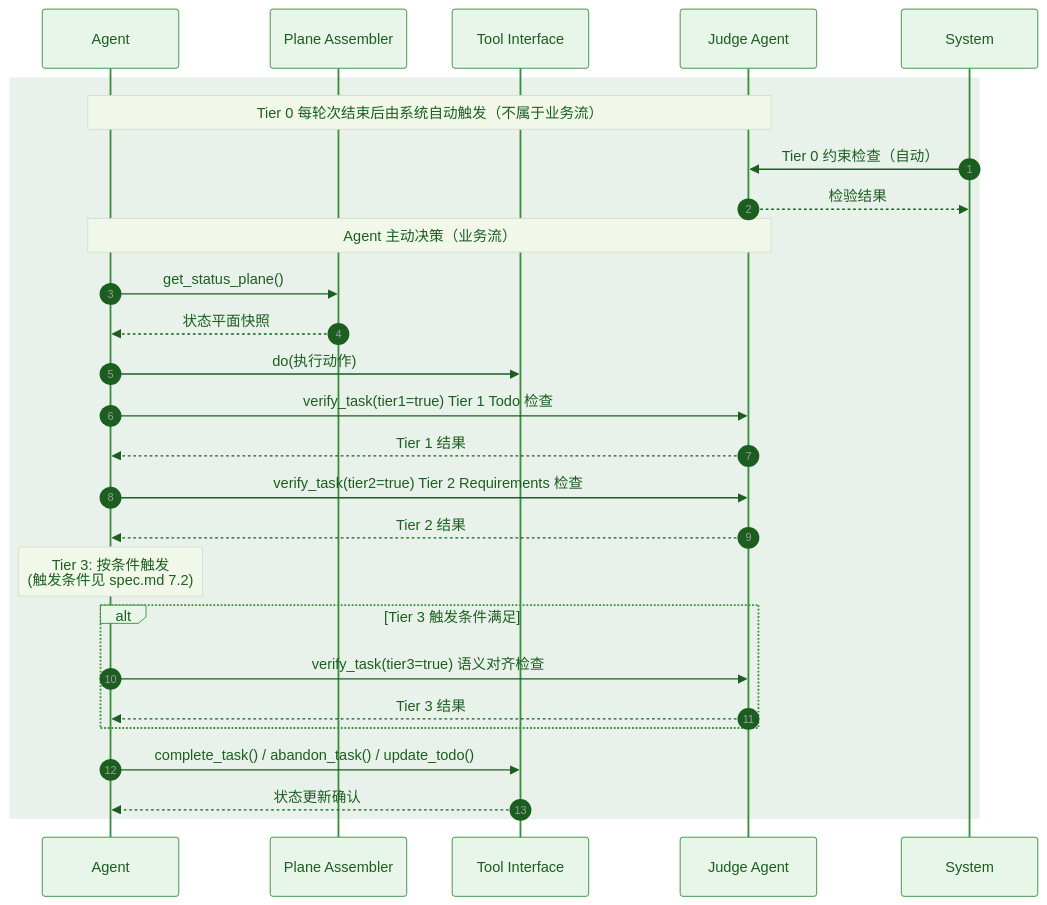
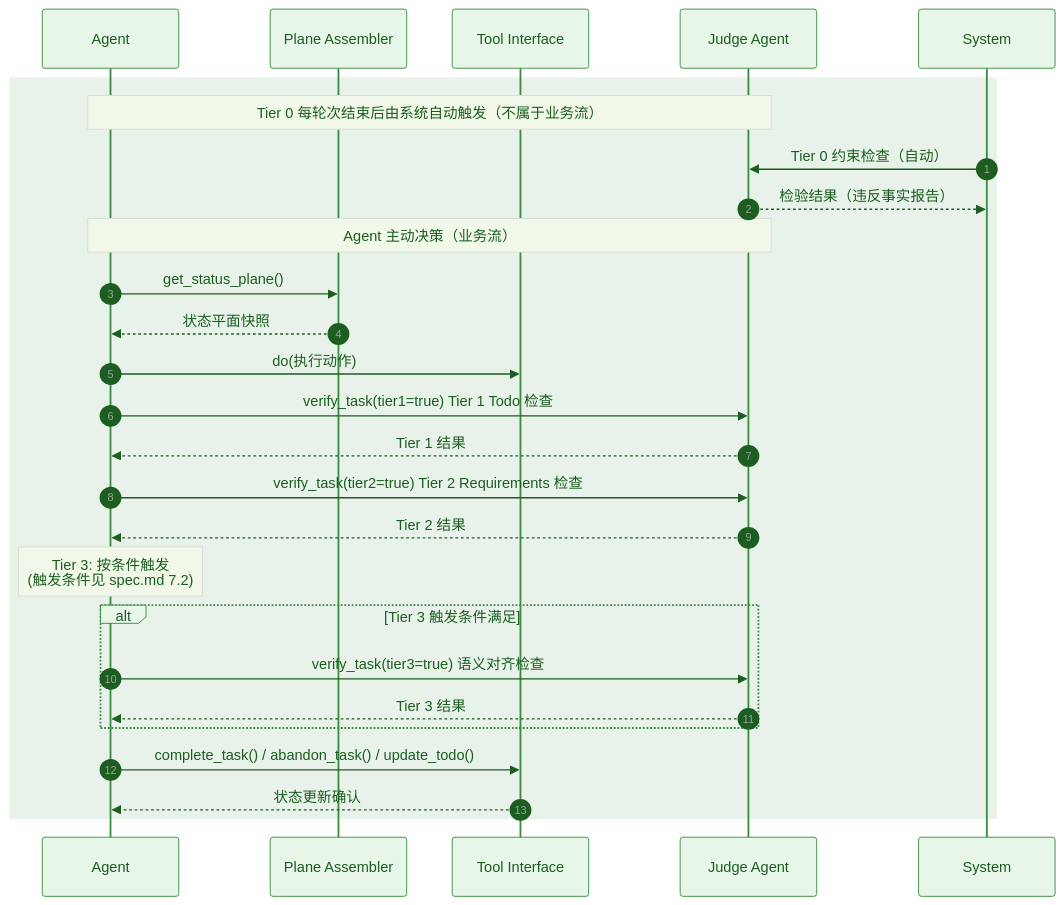
The third of 4 diagrams in docs/arch.md (Lazyn0tBug/mem0ress), drawn with Mermaid before and after one commit. The commit also changed other lines of this file and 4 other files, not shown here.

````diff
--- a/docs/arch.md
+++ b/docs/arch.md
@@ -188,37 +188,37 @@
 ```mermaid
 %% label：Agent 驱动的业务闭环
 %%{ init: { 'theme': 'base', 'themeVariables': { 'primaryColor': '#e8f5e9', 'primaryTextColor': '#1b5e20', 'primaryBorderColor': '#388e3c', 'lineColor': '#616161', 'noteBkgColor': '#f1f8e9', 'noteTextColor': '#1b5e20' } } }%%
 sequenceDiagram
     autonumber
     participant Agent
     participant PA as Plane Assembler
     participant TI as Tool Interface
     participant JA as Judge Agent
 
     rect rgba(46, 125, 50, 0.1)
         Note over Agent,JA: Tier 0 每轮次结束后由系统自动触发（不属于业务流）
         System->>JA: Tier 0 约束检查（自动）
-        JA-->>System: 检验结果
+        JA-->>System: 检验结果（违反事实报告）
 
         Note over Agent,JA: Agent 主动决策（业务流）
         Agent->>PA: get_status_plane()
         PA-->>Agent: 状态平面快照
 
         Agent->>TI: do(执行动作)
 
         Agent->>JA: verify_task(tier1=true) Tier 1 Todo 检查
         JA-->>Agent: Tier 1 结果
 
         Agent->>JA: verify_task(tier2=true) Tier 2 Requirements 检查
         JA-->>Agent: Tier 2 结果
 
         Note over Agent: Tier 3: 按条件触发<br/>(触发条件见 spec.md 7.2)
         alt Tier 3 触发条件满足
             Agent->>JA: verify_task(tier3=true) 语义对齐检查
             JA-->>Agent: Tier 3 结果
         end
 
         Agent->>TI: complete_task() / abandon_task() / update_todo()
         TI-->>Agent: 状态更新确认
     end
 ```
````
